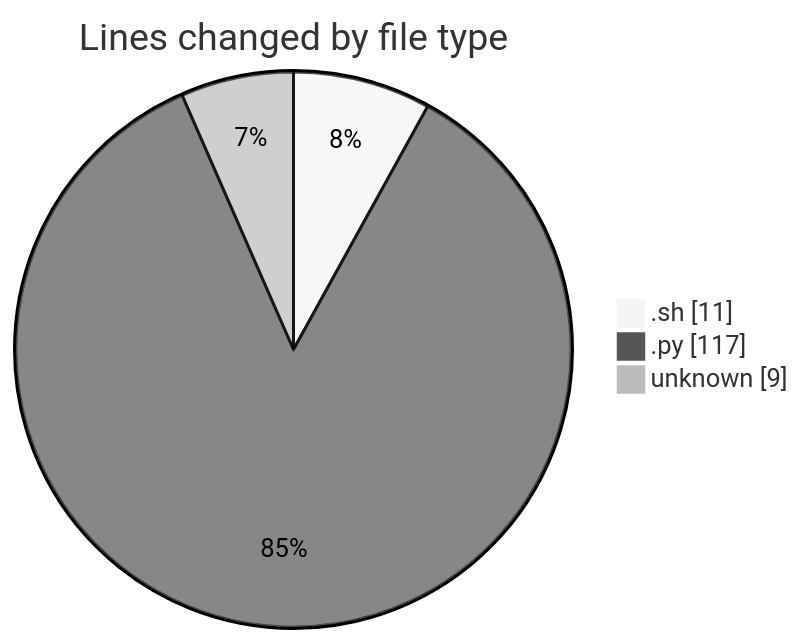
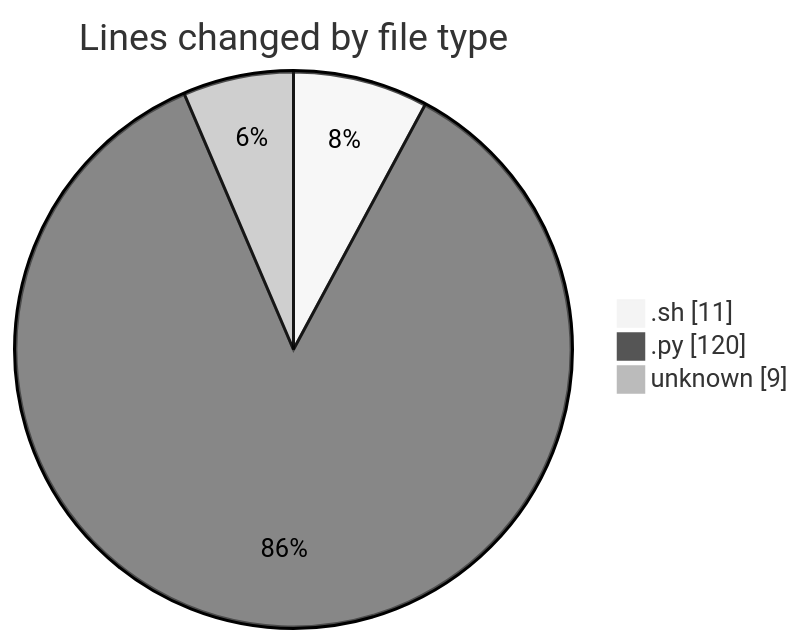
Before and after one commit to momahboobian/code-tracking: the first of 2 diagrams in 2025-01-25/samplepdf/README.md, drawn with Mermaid (neutral theme). The commit also changed other lines of this file and 1 other file, not shown here.

````diff
--- a/2025-01-25/samplepdf/README.md
+++ b/2025-01-25/samplepdf/README.md
@@ -24,7 +24,7 @@
 ```mermaid
 pie showData
 title Lines changed by file type
 ".sh" : 11
-".py" : 117
+".py" : 120
 "unknown" : 9
 ```
````
